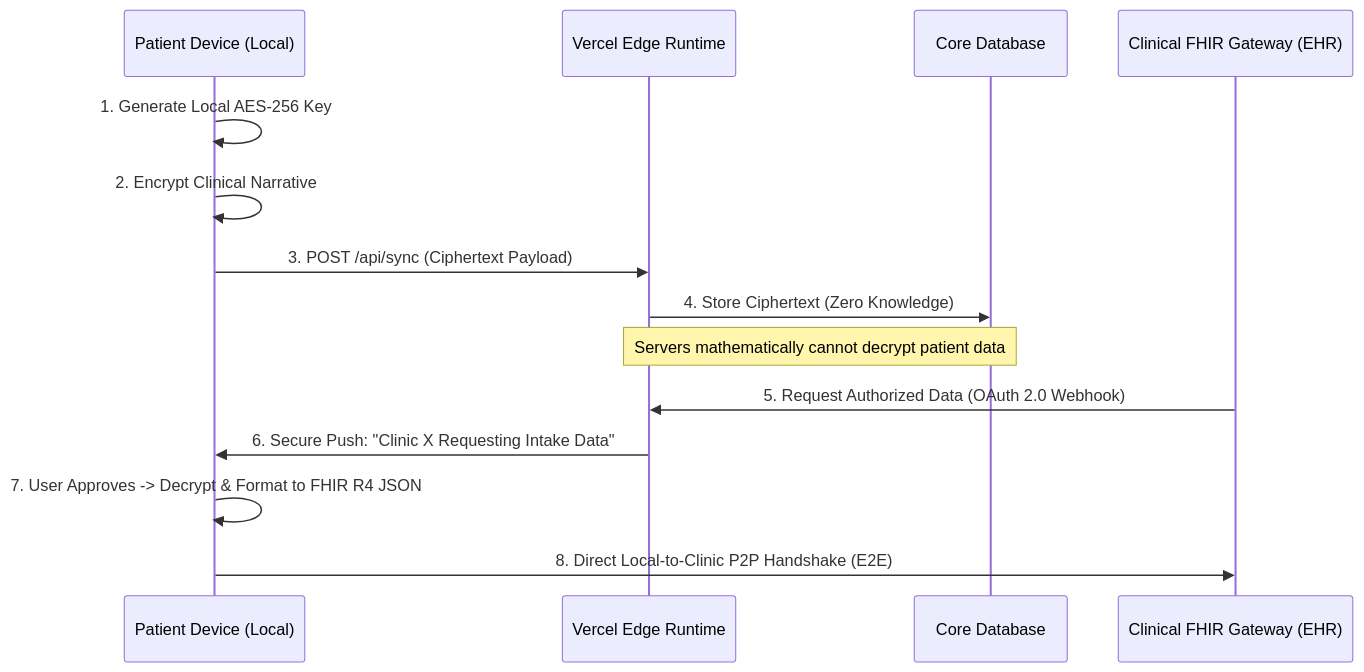
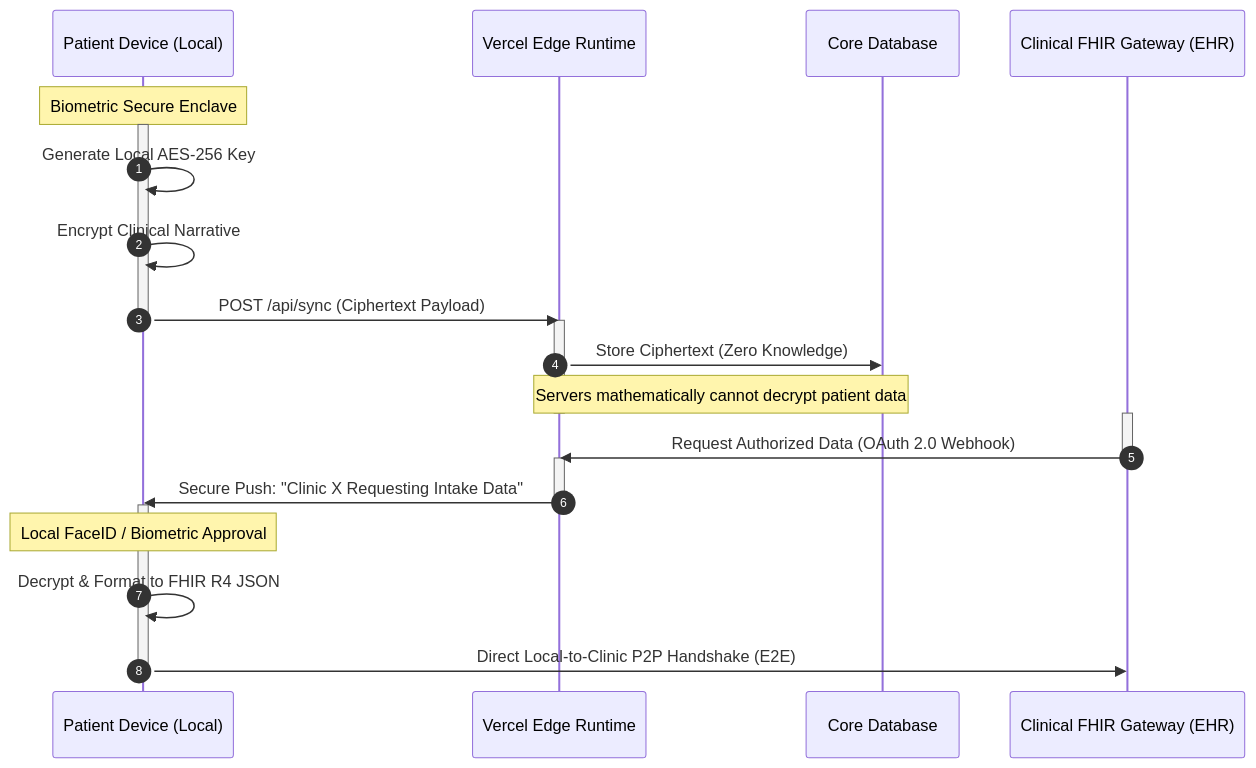
Before and after one commit to RamonRiosJr/humanos.foundation: the diagram in README.md, drawn with Mermaid.

Commit message:
Docs: Zero-Knowledge Architectural Sequence Enhancement (#209)
* docs: remove proprietary app screenshots to enforce Foundation boundaries

* docs: upgrade Zero-Knowledge mermaid diagram to enforce activate/deactivate states and biometric gating

---------

````diff
--- a/README.md
+++ b/README.md
@@ -60,18 +60,34 @@
 ```mermaid
 sequenceDiagram
+    autonumber
     participant P as Patient Device (Local)
     participant Edge as Vercel Edge Runtime
     participant Vault as Core Database
     participant Clinic as Clinical FHIR Gateway (EHR)
 
-    P->>P: 1. Generate Local AES-256 Key
-    P->>P: 2. Encrypt Clinical Narrative
-    P->>Edge: 3. POST /api/sync (Ciphertext Payload)
-    Edge->>Vault: 4. Store Ciphertext (Zero Knowledge)
+    Note over P: Biometric Secure Enclave
+    activate P
+    P->>P: Generate Local AES-256 Key
+    P->>P: Encrypt Clinical Narrative
+    P->>Edge: POST /api/sync (Ciphertext Payload)
+    deactivate P
+    
+    activate Edge
+    Edge->>Vault: Store Ciphertext (Zero Knowledge)
     Note over Edge,Vault: Servers mathematically cannot decrypt patient data
+    deactivate Edge
     
-    Clinic->>Edge: 5. Request Authorized Data (OAuth 2.0 Webhook)
-    Edge->>P: 6. Secure Push: "Clinic X Requesting Intake Data"
-    P->>P: 7. User Approves -> Decrypt & Format to FHIR R4 JSON
-    P->>Clinic: 8. Direct Local-to-Clinic P2P Handshake (E2E)
+    activate Clinic
+    Clinic->>Edge: Request Authorized Data (OAuth 2.0 Webhook)
+    deactivate Clinic
+
+    activate Edge
+    Edge->>P: Secure Push: "Clinic X Requesting Intake Data"
+    deactivate Edge
+
+    activate P
+    Note over P: Local FaceID / Biometric Approval
+    P->>P: Decrypt & Format to FHIR R4 JSON
+    P->>Clinic: Direct Local-to-Clinic P2P Handshake (E2E)
+    deactivate P
 ```
````
